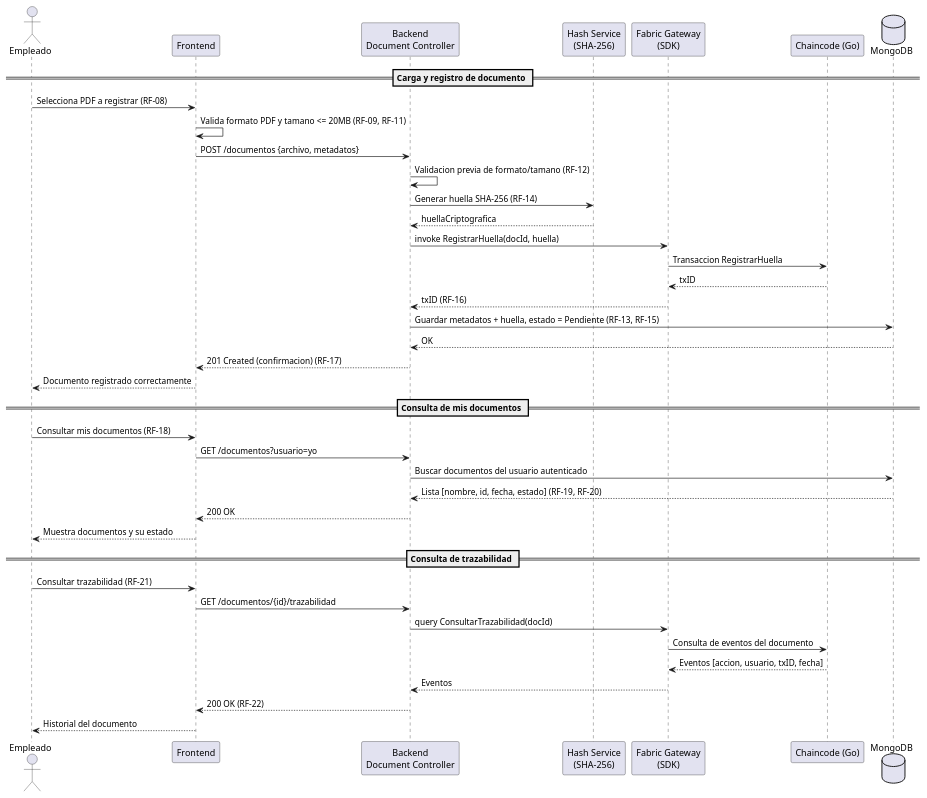
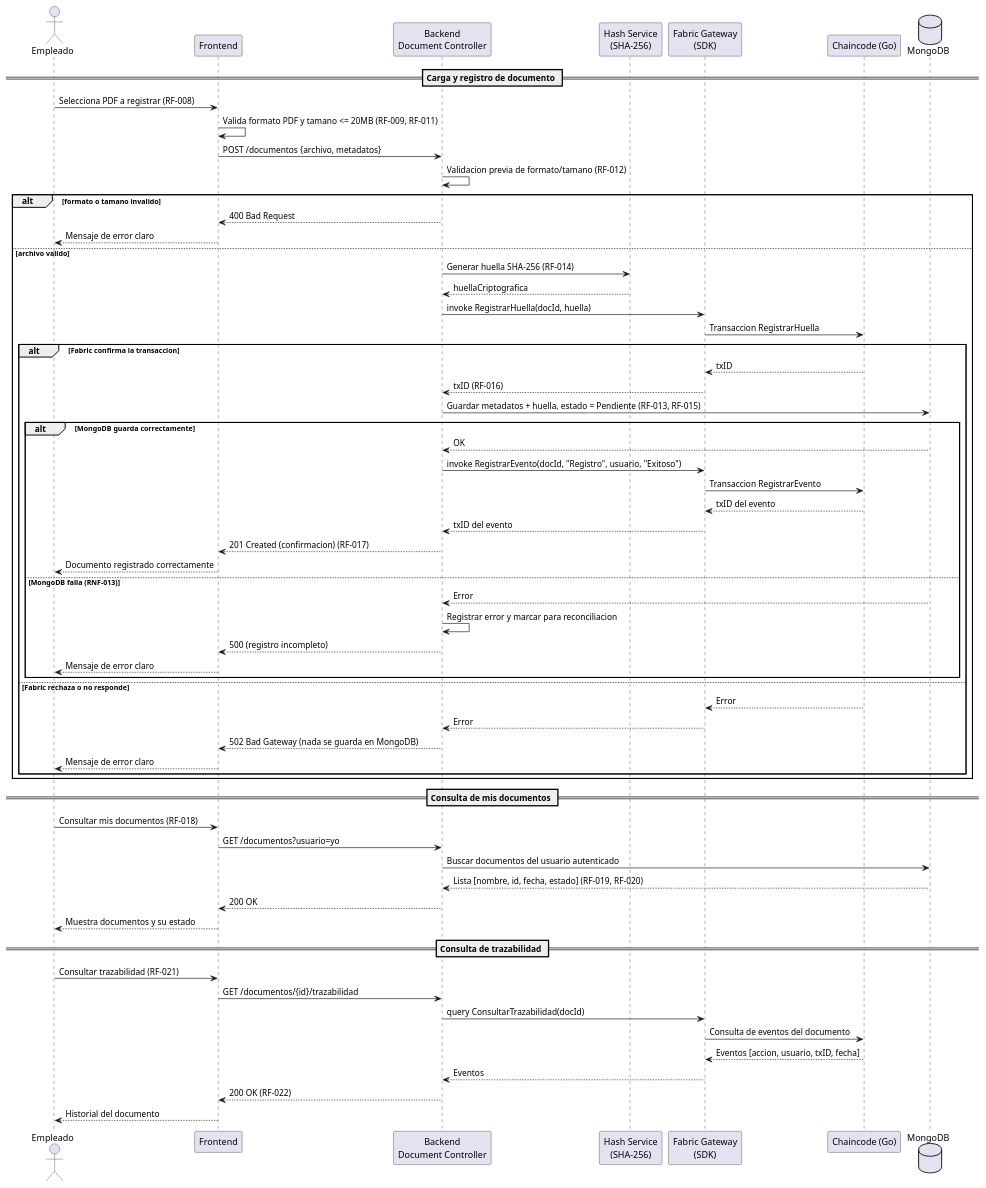
The diagram in docs/uml/05-secuencia-rol-empleado.puml (swummen/Blockchain_Contratos), drawn with PlantUML before and after one commit.

Commit message:
Update sequence diagram with corrected RF references

```diff
--- a/docs/uml/05-secuencia-rol-empleado.puml
+++ b/docs/uml/05-secuencia-rol-empleado.puml
@@ -1,43 +1,68 @@
 @startuml 05-secuencia-rol-empleado
 actor Empleado
 participant "Frontend" as FE
 participant "Backend\nDocument Controller" as BE
 participant "Hash Service\n(SHA-256)" as Hash
 participant "Fabric Gateway\n(SDK)" as SDK
 participant "Chaincode (Go)" as CC
 database "MongoDB" as DB
 
 == Carga y registro de documento ==
-Empleado -> FE : Selecciona PDF a registrar (RF-08)
-FE -> FE : Valida formato PDF y tamano <= 20MB (RF-09, RF-11)
+Empleado -> FE : Selecciona PDF a registrar (RF-008)
+FE -> FE : Valida formato PDF y tamano <= 20MB (RF-009, RF-011)
 FE -> BE : POST /documentos {archivo, metadatos}
-BE -> BE : Validacion previa de formato/tamano (RF-12)
-BE -> Hash : Generar huella SHA-256 (RF-14)
-Hash --> BE : huellaCriptografica
-BE -> SDK : invoke RegistrarHuella(docId, huella)
-SDK -> CC : Transaccion RegistrarHuella
-CC --> SDK : txID
-SDK --> BE : txID (RF-16)
-BE -> DB : Guardar metadatos + huella, estado = Pendiente (RF-13, RF-15)
-DB --> BE : OK
-BE --> FE : 201 Created (confirmacion) (RF-17)
-FE --> Empleado : Documento registrado correctamente
+BE -> BE : Validacion previa de formato/tamano (RF-012)
+
+alt formato o tamano invalido
+    BE --> FE : 400 Bad Request
+    FE --> Empleado : Mensaje de error claro
+else archivo valido
+    BE -> Hash : Generar huella SHA-256 (RF-014)
+    Hash --> BE : huellaCriptografica
+    BE -> SDK : invoke RegistrarHuella(docId, huella)
+    SDK -> CC : Transaccion RegistrarHuella
+
+    alt Fabric confirma la transaccion
+        CC --> SDK : txID
+        SDK --> BE : txID (RF-016)
+        BE -> DB : Guardar metadatos + huella, estado = Pendiente (RF-013, RF-015)
+        alt MongoDB guarda correctamente
+            DB --> BE : OK
+            BE -> SDK : invoke RegistrarEvento(docId, "Registro", usuario, "Exitoso")
+            SDK -> CC : Transaccion RegistrarEvento
+            CC --> SDK : txID del evento
+            SDK --> BE : txID del evento
+            BE --> FE : 201 Created (confirmacion) (RF-017)
+            FE --> Empleado : Documento registrado correctamente
+        else MongoDB falla (RNF-013)
+            DB --> BE : Error
+            BE -> BE : Registrar error y marcar para reconciliacion
+            BE --> FE : 500 (registro incompleto)
+            FE --> Empleado : Mensaje de error claro
+        end
+    else Fabric rechaza o no responde
+        CC --> SDK : Error
+        SDK --> BE : Error
+        BE --> FE : 502 Bad Gateway (nada se guarda en MongoDB)
+        FE --> Empleado : Mensaje de error claro
+    end
+end
 
 == Consulta de mis documentos ==
-Empleado -> FE : Consultar mis documentos (RF-18)
+Empleado -> FE : Consultar mis documentos (RF-018)
 FE -> BE : GET /documentos?usuario=yo
 BE -> DB : Buscar documentos del usuario autenticado
-DB --> BE : Lista [nombre, id, fecha, estado] (RF-19, RF-20)
+DB --> BE : Lista [nombre, id, fecha, estado] (RF-019, RF-020)
 BE --> FE : 200 OK
 FE --> Empleado : Muestra documentos y su estado
 
 == Consulta de trazabilidad ==
-Empleado -> FE : Consultar trazabilidad (RF-21)
+Empleado -> FE : Consultar trazabilidad (RF-021)
 FE -> BE : GET /documentos/{id}/trazabilidad
 BE -> SDK : query ConsultarTrazabilidad(docId)
 SDK -> CC : Consulta de eventos del documento
 CC --> SDK : Eventos [accion, usuario, txID, fecha]
 SDK --> BE : Eventos
-BE --> FE : 200 OK (RF-22)
+BE --> FE : 200 OK (RF-022)
 FE --> Empleado : Historial del documento
 @enduml
```
